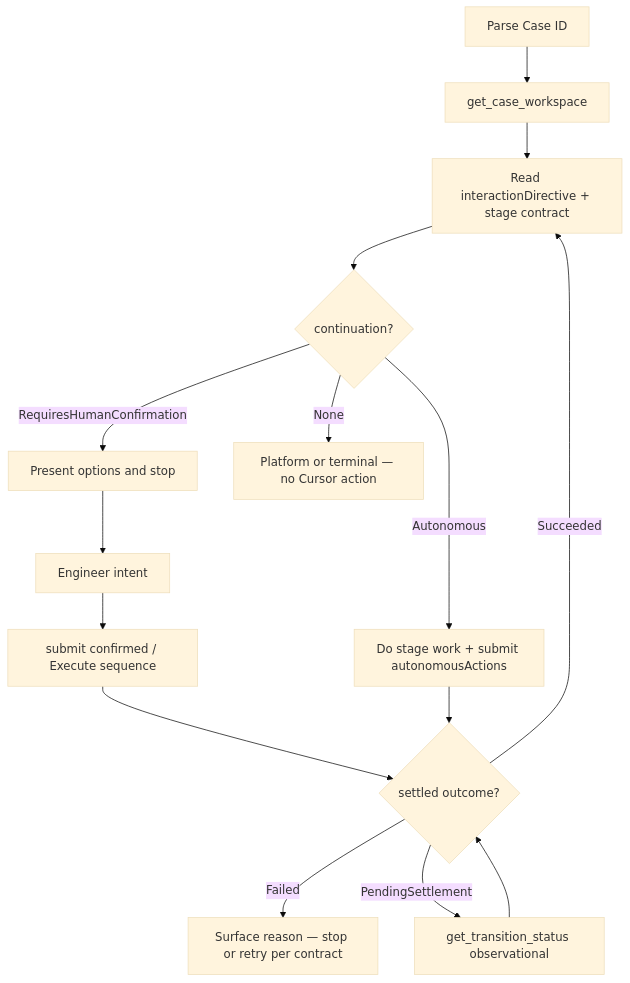
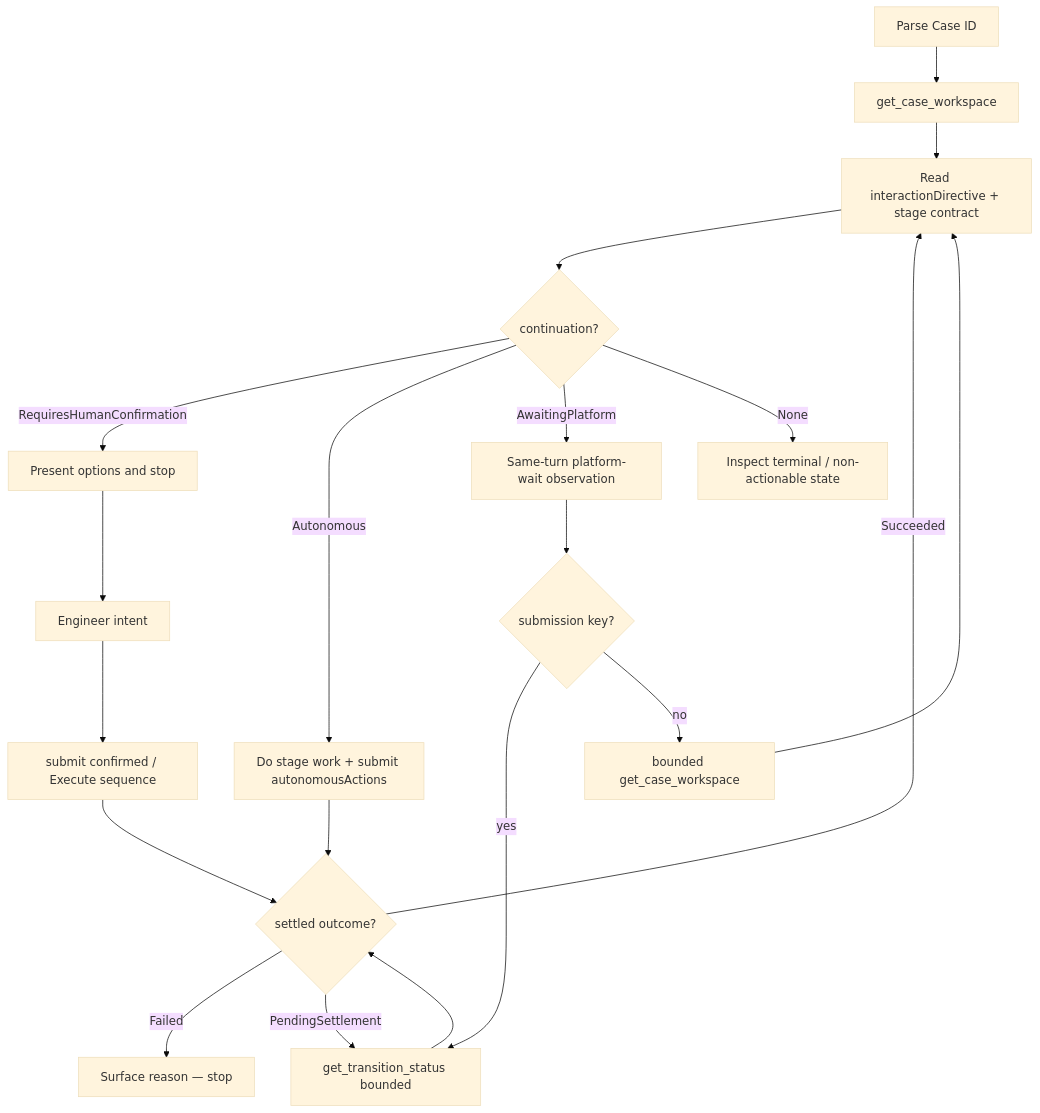
Before and after one commit to hubtel/ai-plugins: the diagram in plugins/hubtel-loop-engineering/skills/loop-engineering/SKILL.md, drawn with Mermaid (base theme). The commit also changed other lines of this file and 3 other files, not shown here.

````diff
--- a/plugins/hubtel-loop-engineering/skills/loop-engineering/SKILL.md
+++ b/plugins/hubtel-loop-engineering/skills/loop-engineering/SKILL.md
@@ -221,17 +274,22 @@
 ```mermaid
 flowchart TD
   A[Parse Case ID] --> B[get_case_workspace]
   B --> C[Read interactionDirective + stage contract]
   C --> D{continuation?}
   D -->|RequiresHumanConfirmation| E[Present options and stop]
   E --> F[Engineer intent]
   F --> G[submit confirmed / Execute sequence]
   D -->|Autonomous| H[Do stage work + submit autonomousActions]
-  D -->|None| I[Platform or terminal — no Cursor action]
+  D -->|AwaitingPlatform| W[Same-turn platform-wait observation]
+  D -->|None| I[Inspect terminal / non-actionable state]
   G --> J{settled outcome?}
   H --> J
-  J -->|Failed| K[Surface reason — stop or retry per contract]
-  J -->|PendingSettlement| P[get_transition_status observational]
+  W --> W2{submission key?}
+  W2 -->|yes| P[get_transition_status bounded]
+  W2 -->|no| R[bounded get_case_workspace]
   P --> J
+  R --> C
+  J -->|Failed| K[Surface reason — stop]
+  J -->|PendingSettlement| P
   J -->|Succeeded| C
 ```
````
